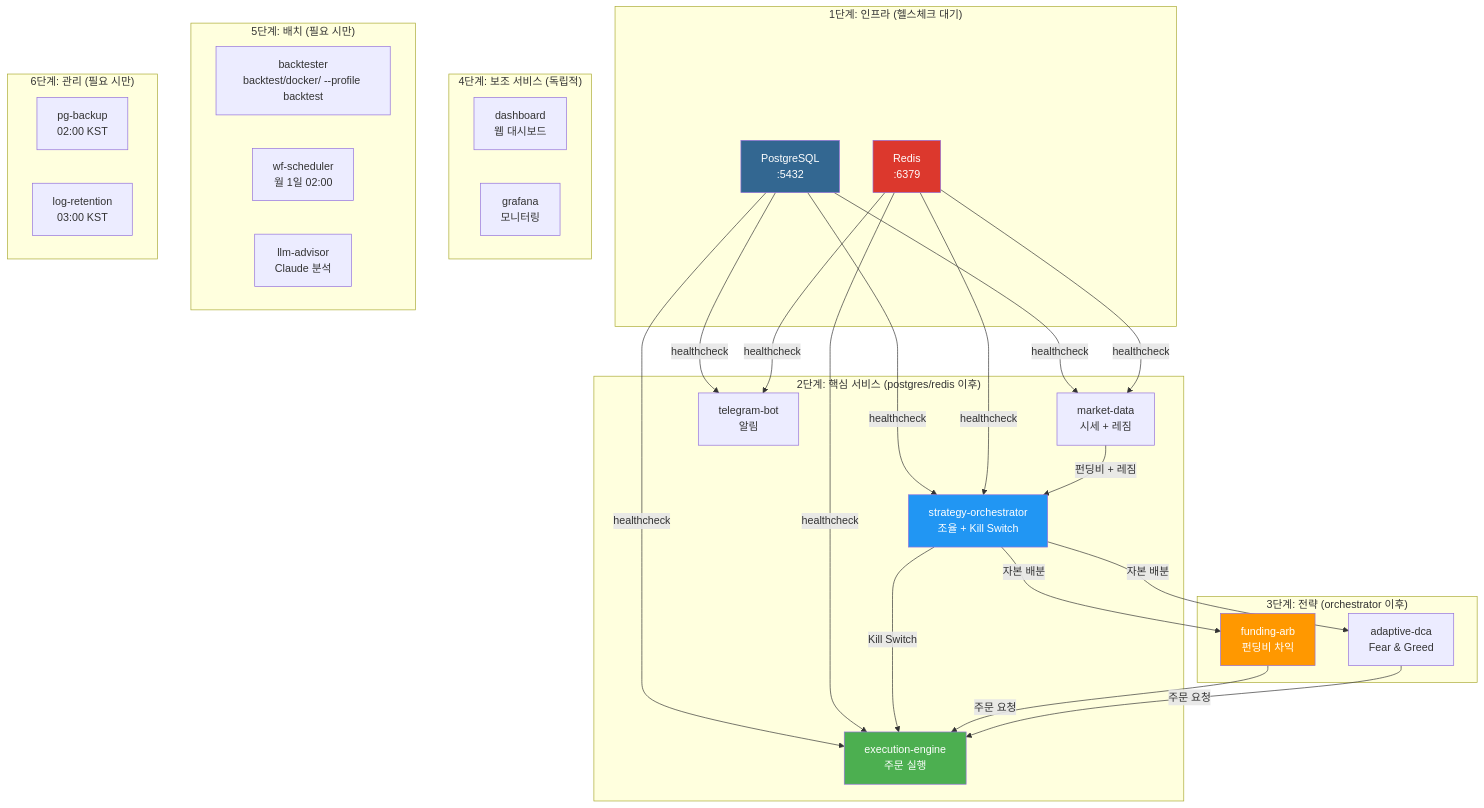
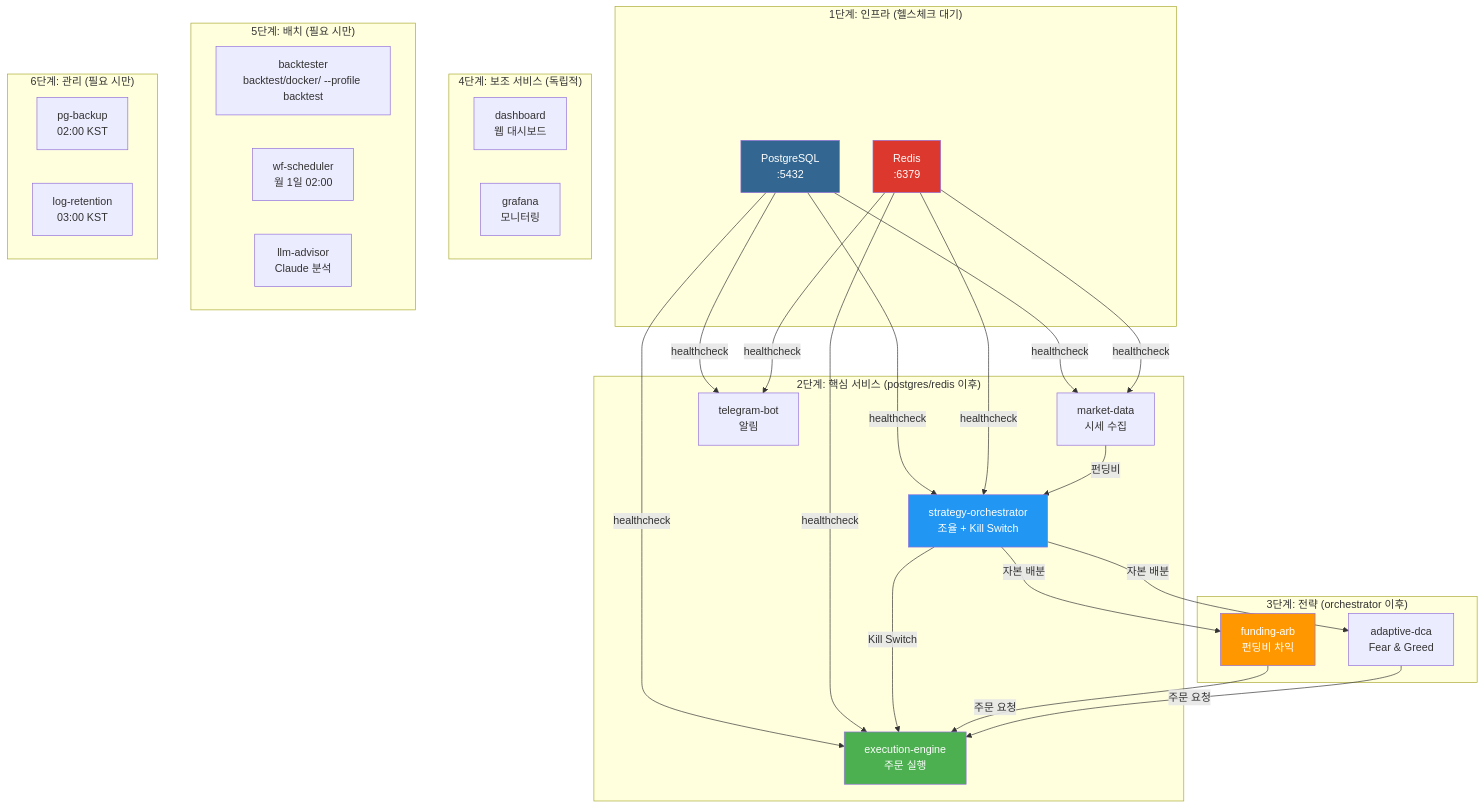
One commit to Justant-source/Bit-Mania changed the diagram in docs/env/docker.md. Above: the diagram before and after it, drawn with Mermaid. The commit also changed 37 other files, not shown here.

````diff
--- a/docs/env/docker.md
+++ b/docs/env/docker.md
@@ -136,58 +136,58 @@
 ```mermaid
 graph TD
     subgraph infra["1단계: 인프라 (헬스체크 대기)"]
         PG["PostgreSQL<br>:5432"]
         RD["Redis<br>:6379"]
     end
 
     subgraph core["2단계: 핵심 서비스 (postgres/redis 이후)"]
-        MD["market-data<br>시세 + 레짐"]
+        MD["market-data<br>시세 수집"]
         ENG["execution-engine<br>주문 실행"]
         ORC["strategy-orchestrator<br>조율 + Kill Switch"]
         TG["telegram-bot<br>알림"]
     end
 
     subgraph strategy["3단계: 전략 (orchestrator 이후)"]
         FA["funding-arb<br>펀딩비 차익"]
         DCA["adaptive-dca<br>Fear & Greed"]
     end
 
     subgraph aux["4단계: 보조 서비스 (독립적)"]
         DASH["dashboard<br>웹 대시보드"]
         GF["grafana<br>모니터링"]
     end
 
     subgraph batch["5단계: 배치 (필요 시만)"]
         JE["backtester<br>backtest/docker/ --profile backtest"]
         WF["wf-scheduler<br>월 1일 02:00"]
         LLM["llm-advisor<br>Claude 분석"]
     end
 
     subgraph mgmt["6단계: 관리 (필요 시만)"]
         PGB["pg-backup<br>02:00 KST"]
         LR["log-retention<br>03:00 KST"]
     end
 
     PG -->|"healthcheck"| MD
     PG -->|"healthcheck"| ENG
     PG -->|"healthcheck"| ORC
     PG -->|"healthcheck"| TG
     RD -->|"healthcheck"| MD
     RD -->|"healthcheck"| ENG
     RD -->|"healthcheck"| ORC
     RD -->|"healthcheck"| TG
 
-    MD -->|"펀딩비 + 레짐"| ORC
+    MD -->|"펀딩비"| ORC
     ORC -->|"자본 배분"| FA
     ORC -->|"자본 배분"| DCA
     ORC -->|"Kill Switch"| ENG
 
     FA -->|"주문 요청"| ENG
     DCA -->|"주문 요청"| ENG
 
     style PG fill:#336791,color:#fff
     style RD fill:#dc382d,color:#fff
     style FA fill:#ff9800,color:#fff
     style ENG fill:#4caf50,color:#fff
     style ORC fill:#2196f3,color:#fff
 ```
````
